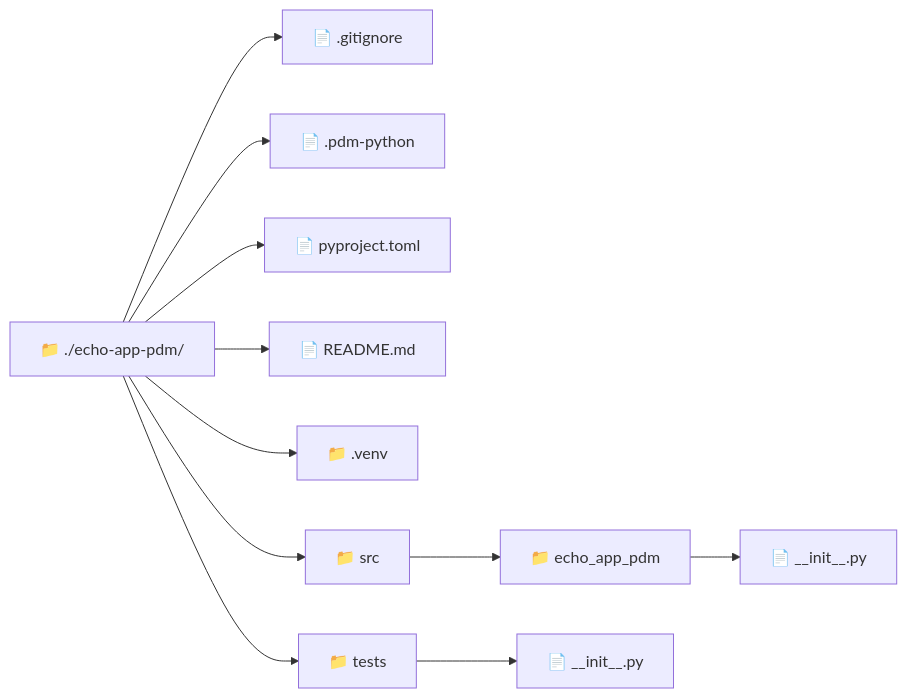
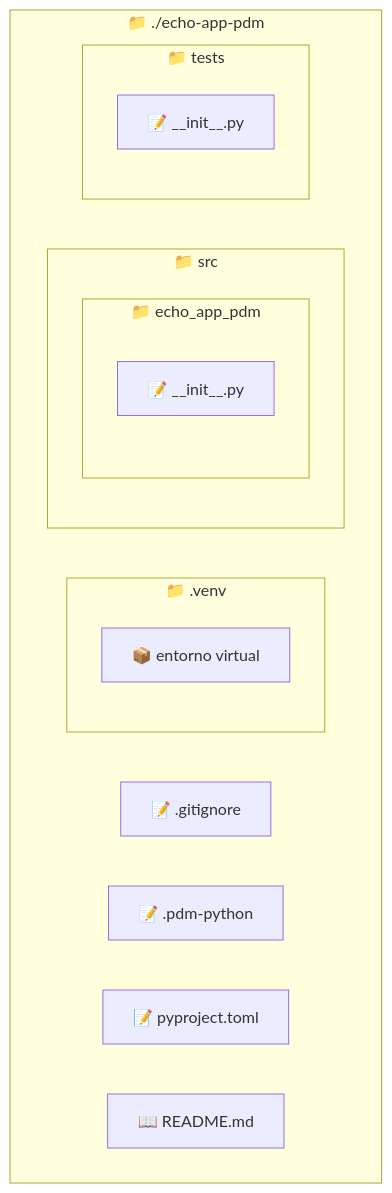
One commit to r8vnhill/dibs-docusaurus changed the diagram in docs/build-systems/init/pdm.mdx. Above: the diagram before and after it, drawn with Mermaid. The commit also changed other lines of this file, not shown here.

First line of the commit message:
✨ Mejora sustancial de la guía de inicialización de proyectos con PDM en Python

````diff
--- a/docs/build-systems/init/pdm.mdx
+++ b/docs/build-systems/init/pdm.mdx
@@ -199,15 +339,24 @@
 ```mermaid
-%% title: ./echo-app-pdm/
 graph LR
-    A["📁 ./echo-app-pdm/"]
-    A --> A1["📄 .gitignore"]
-    A --> A2["📄 .pdm-python"]
-    A --> A3["📄 pyproject.toml"]
-    A --> A4["📄 README.md"]
-    A --> B["📁 .venv"]
-    A --> C["📁 src"]
-    C --> C1["📁 echo_app_pdm"]
-    C1 --> C1a["📄 __init__.py"]
-    A --> D["📁 tests"]
-    D --> D1["📄 __init__.py"]
+    subgraph Root [📁 ./echo-app-pdm]
+        direction LR
+        A1[📝 .gitignore]
+        A2[📝 .pdm-python]
+        A3[📝 pyproject.toml]
+        A4[📖 README.md]
+
+        subgraph Venv [📁 .venv]
+            V1[📦 entorno virtual]
+        end
+
+        subgraph Src [📁 src]
+            subgraph Echo [📁 echo_app_pdm]
+                E1[📝 __init__.py]
+            end
+        end
+
+        subgraph Tests [📁 tests]
+            T1[📝 __init__.py]
+        end
+    end
 ```
````
